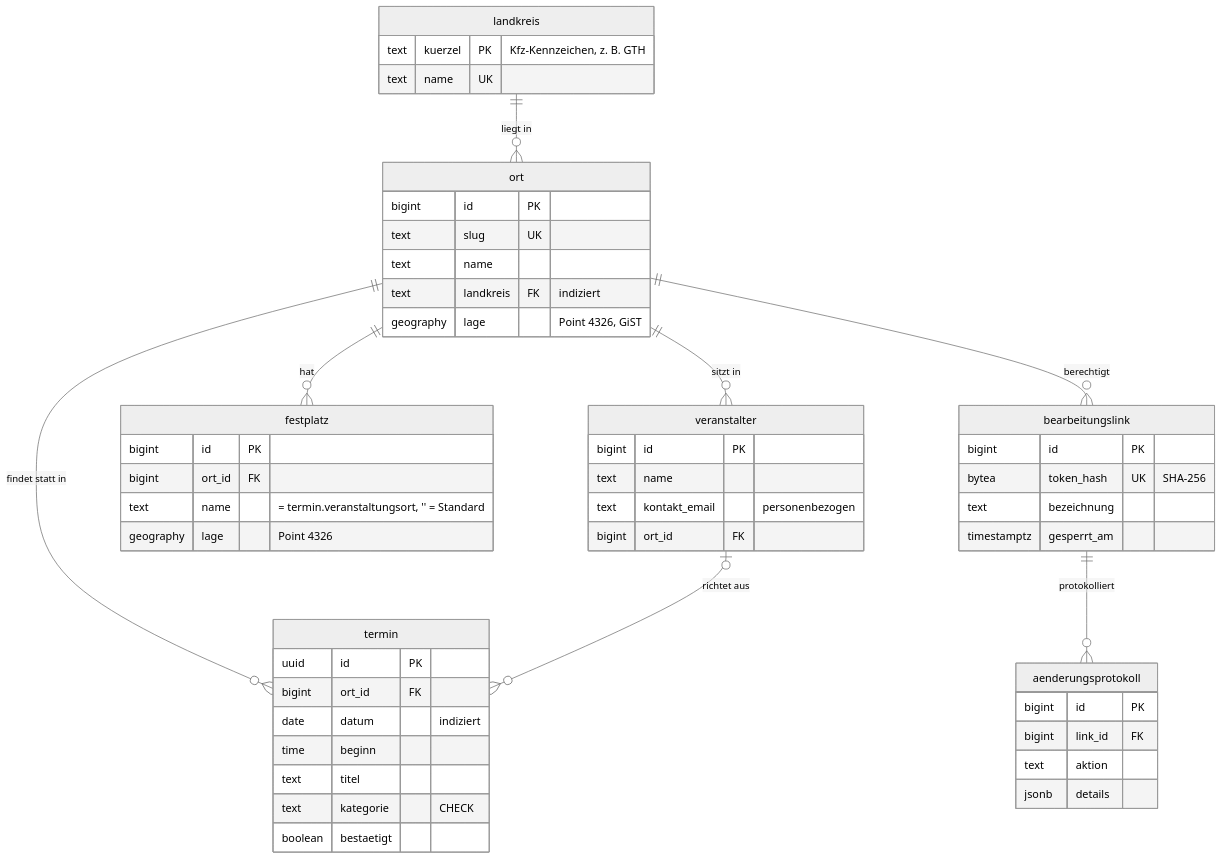
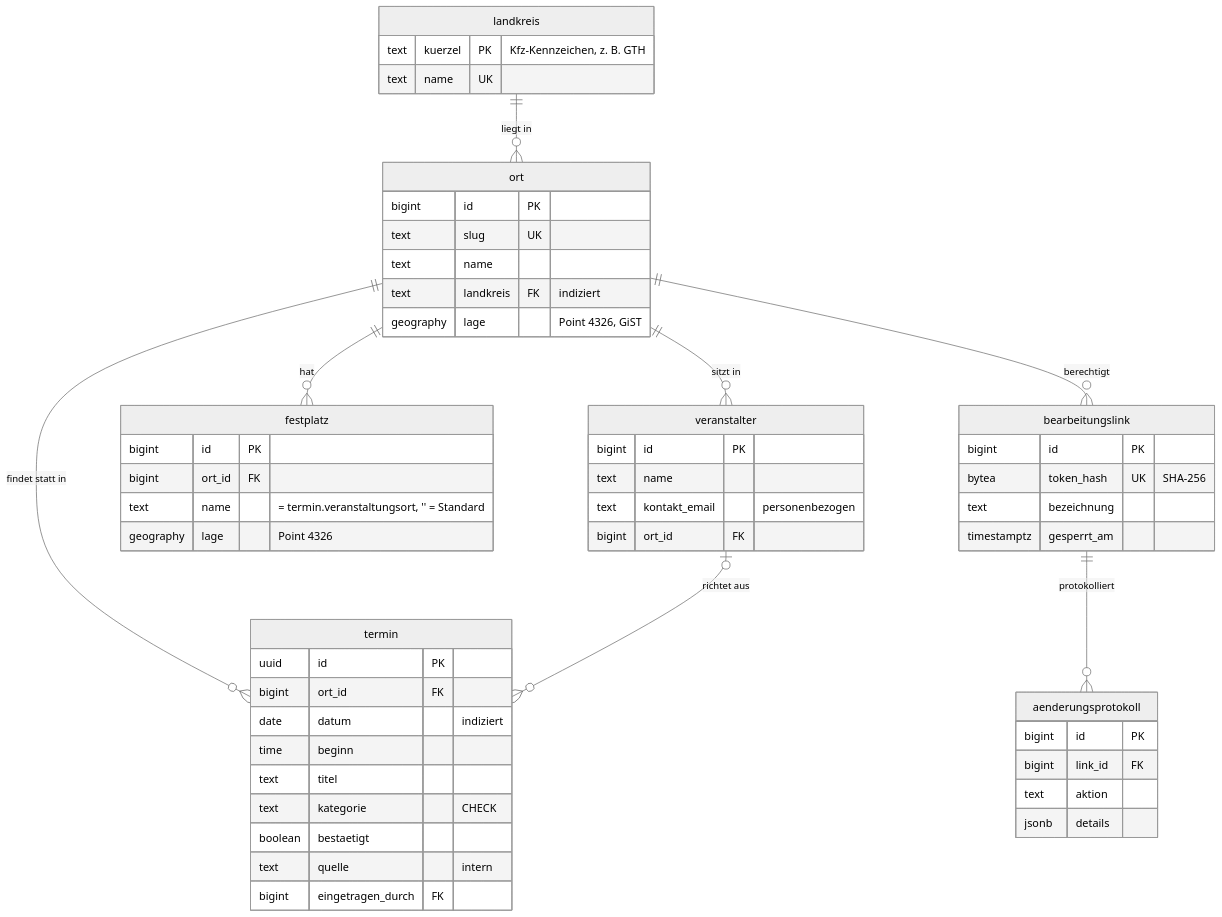
One commit to dschaell/kirmes-thueringen changed the third of 3 diagrams in docs/architecture/05-bausteinsicht.md. Above: the diagram before and after it, drawn with Mermaid (neutral theme). The commit also changed 62 other files, not shown here.

````diff
--- a/docs/architecture/05-bausteinsicht.md
+++ b/docs/architecture/05-bausteinsicht.md
@@ -114,17 +114,17 @@
 ```mermaid
 erDiagram
   landkreis ||--o{ ort : "liegt in"
   ort ||--o{ termin : "findet statt in"
   ort ||--o{ veranstalter : "sitzt in"
   ort ||--o{ festplatz : "hat"
   ort ||--o{ bearbeitungslink : "berechtigt"
   bearbeitungslink ||--o{ aenderungsprotokoll : "protokolliert"
   veranstalter |o--o{ termin : "richtet aus"
   landkreis { text kuerzel PK "Kfz-Kennzeichen, z. B. GTH" text name UK }
   ort { bigint id PK text slug UK text name text landkreis FK "indiziert" geography lage "Point 4326, GiST" }
   veranstalter { bigint id PK text name text kontakt_email "personenbezogen" bigint ort_id FK }
   festplatz { bigint id PK bigint ort_id FK text name "= termin.veranstaltungsort, '' = Standard" geography lage "Point 4326" }
   bearbeitungslink { bigint id PK bytea token_hash UK "SHA-256" text bezeichnung timestamptz gesperrt_am }
   aenderungsprotokoll { bigint id PK bigint link_id FK text aktion jsonb details }
-  termin { uuid id PK bigint ort_id FK date datum "indiziert" time beginn text titel text kategorie "CHECK" boolean bestaetigt }
+  termin { uuid id PK bigint ort_id FK date datum "indiziert" time beginn text titel text kategorie "CHECK" boolean bestaetigt text quelle "intern" bigint eingetragen_durch FK }
 ```
````
